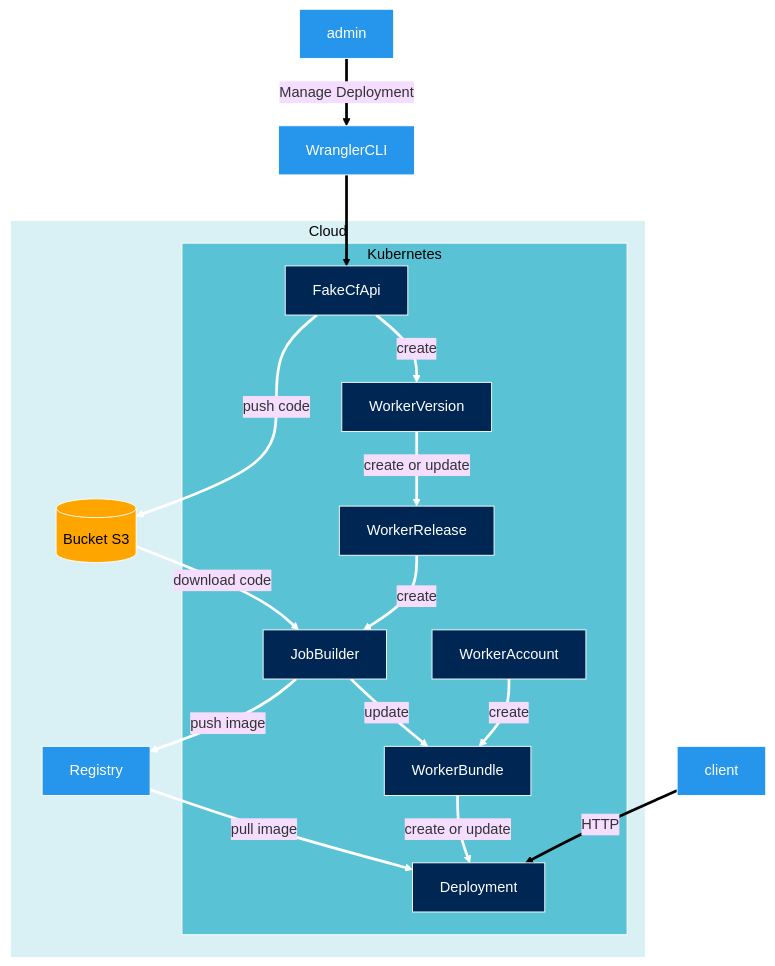
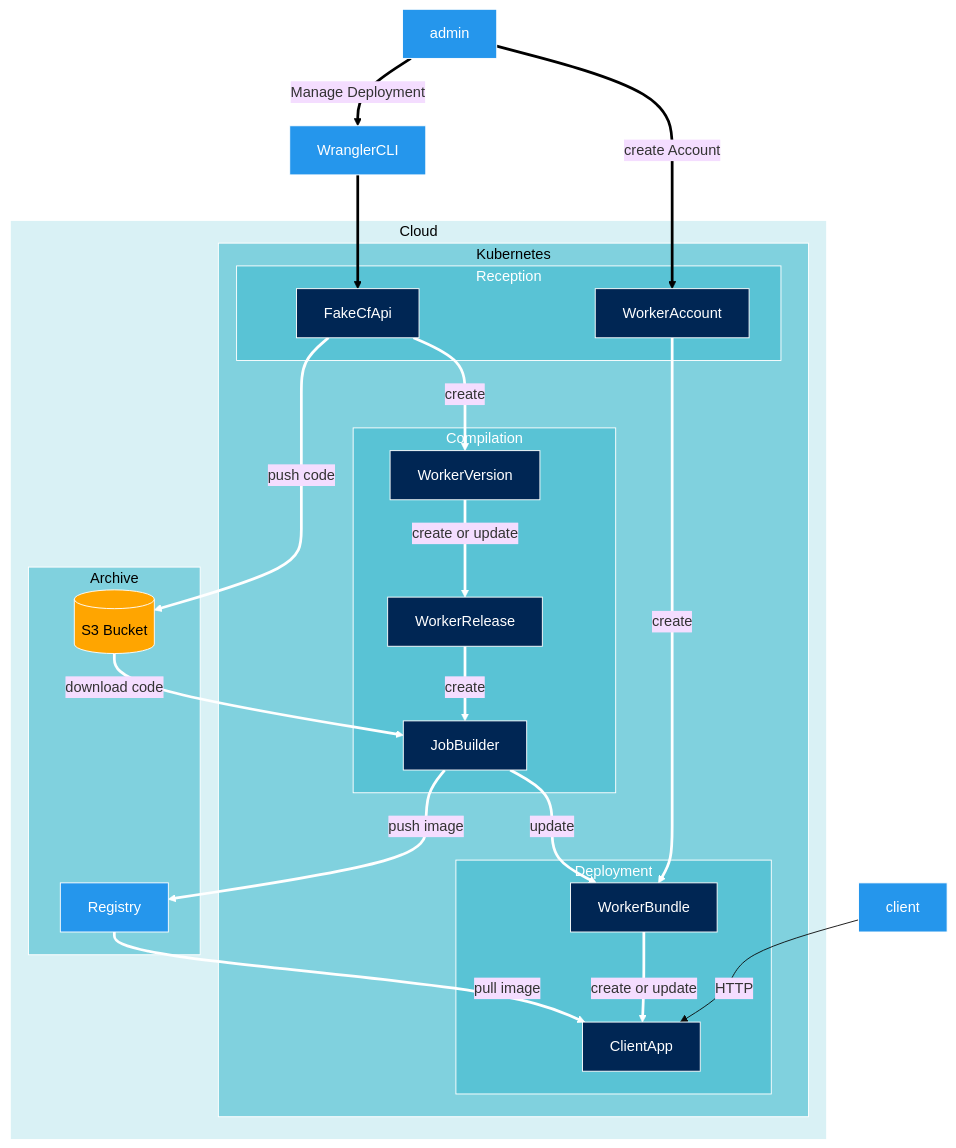
Before and after one commit to clementreiffers/fireworkers-docs: the third of 3 diagrams in docs/the-architecture.md, drawn with Mermaid (base theme). The commit also changed other lines of this file, not shown here.

Commit message:
update architecture website

````diff
--- a/docs/the-architecture.md
+++ b/docs/the-architecture.md
@@ -137,49 +227,65 @@
 ```mermaid
 flowchart TB
     subgraph Cloud
-        FakeCfApi --> |push code| BucketS3[(Bucket S3)]
-        BucketS3 --> |download code| JobBuilder
-        JobBuilder --> |push image| Registry
-        Registry --> |pull image| Deployment
+        subgraph Archive
+            style Archive fill:#80D1DE,color:black,stroke:white
+            BucketS3 & Registry
+        end
         subgraph Kubernetes
+            
             FakeCfApi --> |create| WorkerVersion
-            WorkerVersion --> |create or update|WorkerRelease
-            WorkerRelease --> |create| JobBuilder
+            JobBuilder --> |update| WorkerBundle
             WorkerAccount --> |create| WorkerBundle
-            WorkerBundle --> |create or update| Deployment
-            JobBuilder --> |update| WorkerBundle
+            subgraph Reception
+                FakeCfApi & WorkerAccount
+                FakeCfApi --> |push code| BucketS3[(S3 Bucket)]
+            end
+            subgraph Compilation
+                WorkerVersion --> |create or update|WorkerRelease
+                WorkerRelease --> |create| JobBuilder
+                BucketS3 --> |download code| JobBuilder
+                JobBuilder --> |push image| Registry
+            end
+            subgraph Deployment
+                Registry --> |pull image| ClientApp
+                WorkerBundle --> |create or update| ClientApp
+            end
         end
     end
     admin --> |Manage Deployment| WranglerCLI --> FakeCfApi
-    client --> |HTTP| Deployment
-    
+    admin --> |create Account| WorkerAccount
+    client --> |HTTP| ClientApp
     
     style FakeCfApi fill:#002654,color:white,stroke:white
     style WorkerVersion fill:#002654,color:white,stroke:white
     style WorkerRelease fill:#002654,color:white,stroke:white
     style WorkerAccount fill:#002654,color:white,stroke:white
     style WorkerBundle fill:#002654,color:white,stroke:white
     style JobBuilder fill:#002654,color:white,stroke:white
-    style Deployment fill:#002654,color:white,stroke:white
-    style Kubernetes fill:#59C3D5,color:black,stroke:white
+    style ClientApp fill:#002654,color:white,stroke:white
+    style Kubernetes fill:#80D1DE,color:black,stroke:white
+    style Archive fill:#80D1DE,color:black,stroke:white
     style Cloud fill:#D9F1F5,color:black,stroke:white
     style BucketS3 fill:orange,color:black,stroke:white
     style Registry fill:#2596EC,color:white,stroke:white
     style admin fill:#2596EC,color:white,stroke:white
     style client fill:#2596EC,color:white,stroke:white
     style WranglerCLI fill:#2596EC,color:white,stroke:white
+    style Reception fill:#59C3D5,color:white,stroke:white
+    style Compilation fill:#59C3D5,color:white,stroke:white
+    style Deployment fill:#59C3D5,color:white,stroke:white
 
     linkStyle 0 stroke:white,stroke-width:3
     linkStyle 1 stroke:white,stroke-width:3
     linkStyle 2 stroke:white,stroke-width:3
     linkStyle 3 stroke:white,stroke-width:3
     linkStyle 4 stroke:white,stroke-width:3
     linkStyle 5 stroke:white,stroke-width:3
     linkStyle 6 stroke:white,stroke-width:3
     linkStyle 7 stroke:white,stroke-width:3
     linkStyle 8 stroke:white,stroke-width:3
     linkStyle 9 stroke:white,stroke-width:3
     linkStyle 10 stroke:black,stroke-width:3
     linkStyle 11 stroke:black,stroke-width:3
     linkStyle 12 stroke:black,stroke-width:3
 ```
````
